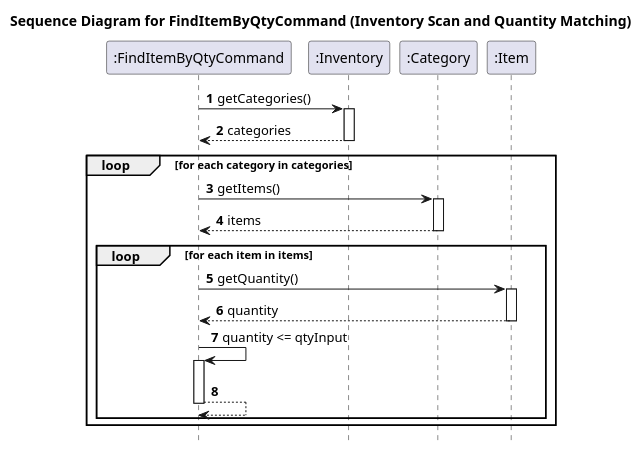
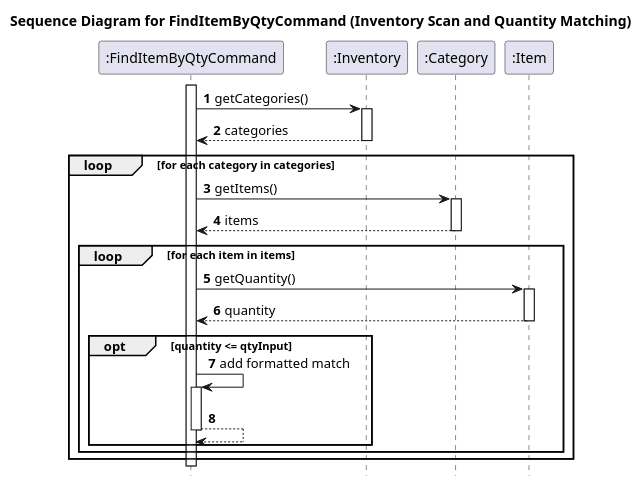
Before and after one commit to KOIiiii07/tp: the diagram in docs/diagrams/sequence/FindItemByQtyCommandMatchingFlow.puml, drawn with PlantUML. The commit also changed other lines of this file and 13 other files, not shown here.

Commit message:
Update all the Find Diagram

```diff
--- a/docs/diagrams/sequence/FindItemByQtyCommandMatchingFlow.puml
+++ b/docs/diagrams/sequence/FindItemByQtyCommandMatchingFlow.puml
@@ -1,35 +1,39 @@
 @startuml
 title Sequence Diagram for FindItemByQtyCommand (Inventory Scan and Quantity Matching)
 
 autonumber
 hide footbox
 
 participant ":FindItemByQtyCommand" as FindItemByQtyCommand
 participant ":Inventory" as Inventory
 participant ":Category" as Category
 participant ":Item" as Item
 
+activate FindItemByQtyCommand
 FindItemByQtyCommand -> Inventory: getCategories()
 activate Inventory
 Inventory --> FindItemByQtyCommand: categories
 deactivate Inventory
 
 loop for each category in categories
     FindItemByQtyCommand -> Category: getItems()
     activate Category
     Category --> FindItemByQtyCommand: items
     deactivate Category
 
     loop for each item in items
         FindItemByQtyCommand -> Item: getQuantity()
         activate Item
         Item --> FindItemByQtyCommand: quantity
         deactivate Item
 
-        FindItemByQtyCommand -> FindItemByQtyCommand: quantity <= qtyInput
-        activate FindItemByQtyCommand
-        FindItemByQtyCommand --> FindItemByQtyCommand
-        deactivate FindItemByQtyCommand
+        opt quantity <= qtyInput
+            FindItemByQtyCommand -> FindItemByQtyCommand: add formatted match
+            activate FindItemByQtyCommand
+            FindItemByQtyCommand --> FindItemByQtyCommand
+            deactivate FindItemByQtyCommand
+        end
     end
 end
+deactivate FindItemByQtyCommand
 @enduml
```
